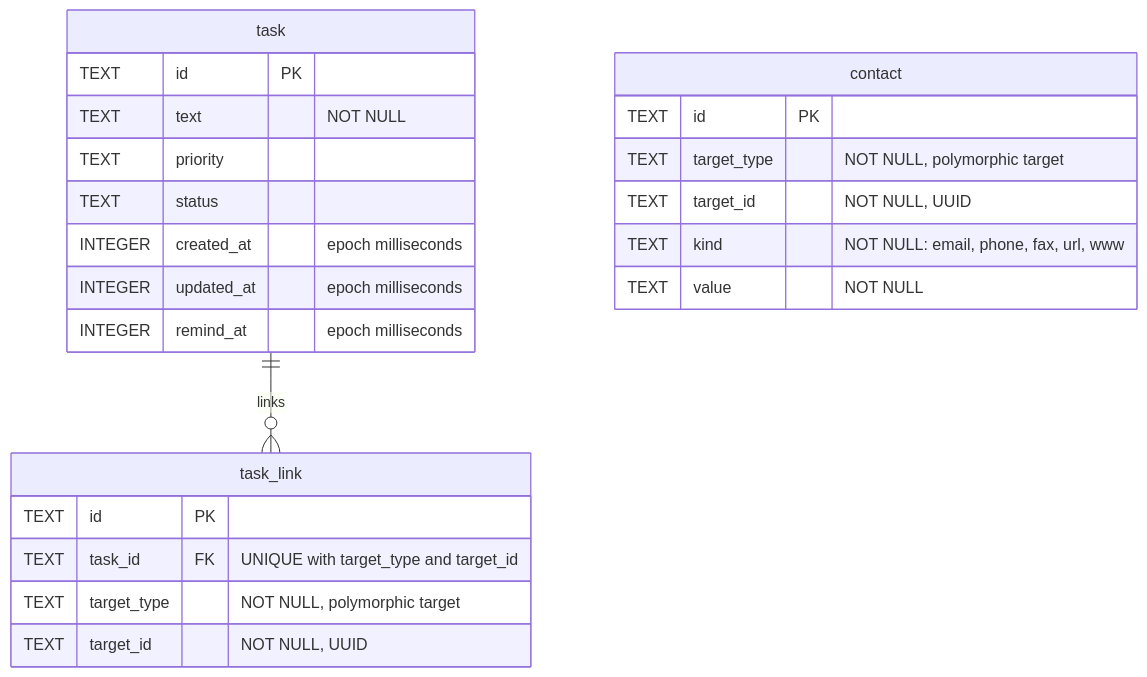
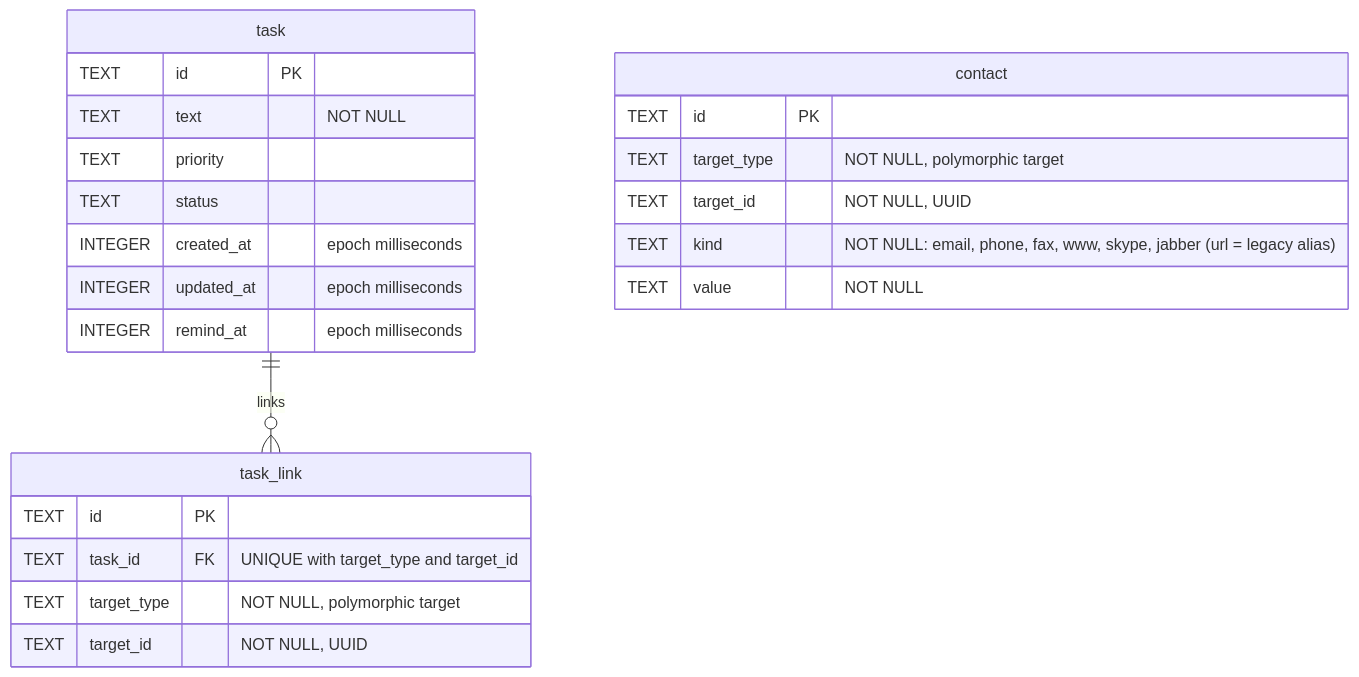
One commit to borisovodov/doru changed diagram 12 of 12 in docs/db-schema.md. Above: the diagram before and after it, drawn with Mermaid. The commit also changed other lines of this file and 48 other files, not shown here.

````diff
--- a/docs/db-schema.md
+++ b/docs/db-schema.md
@@ -897,29 +897,29 @@
 ```mermaid
 erDiagram
     task ||--o{ task_link : "links"
 
     contact {
         TEXT id PK
         TEXT target_type "NOT NULL, polymorphic target"
         TEXT target_id "NOT NULL, UUID"
-        TEXT kind "NOT NULL: email, phone, fax, url, www"
+        TEXT kind "NOT NULL: email, phone, fax, www, skype, jabber (url = legacy alias)"
         TEXT value "NOT NULL"
     }
 
     task {
         TEXT id PK
         TEXT text "NOT NULL"
         TEXT priority
         TEXT status
         INTEGER created_at "epoch milliseconds"
         INTEGER updated_at "epoch milliseconds"
         INTEGER remind_at "epoch milliseconds"
     }
 
     task_link {
         TEXT id PK
         TEXT task_id FK "UNIQUE with target_type and target_id"
         TEXT target_type "NOT NULL, polymorphic target"
         TEXT target_id "NOT NULL, UUID"
     }
 ```
````
